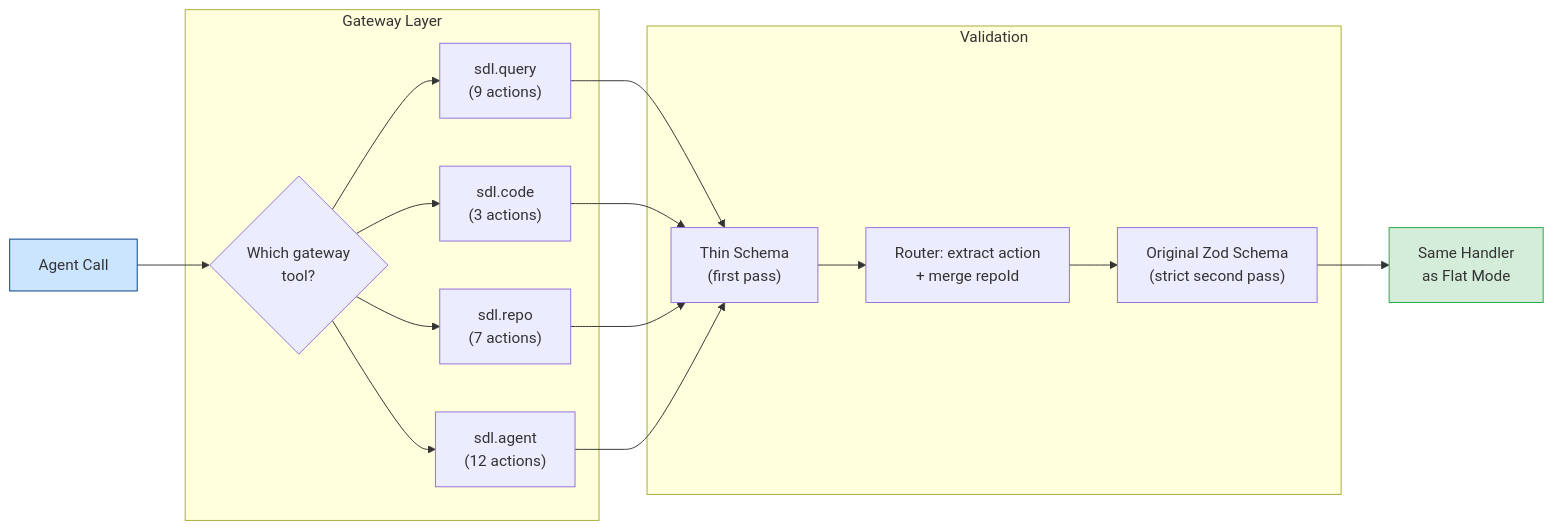
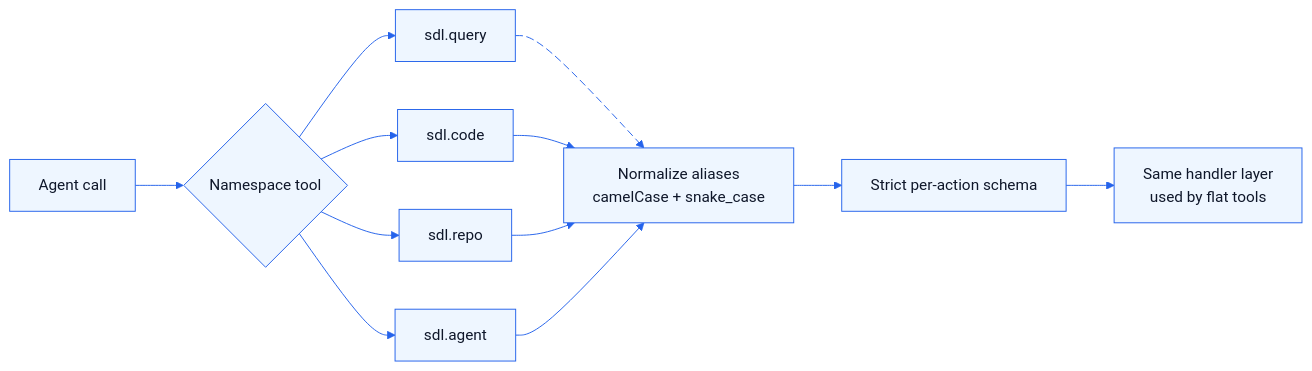
One commit to GlitterKill/sdl-mcp changed the second of 2 diagrams in docs/feature-deep-dives/tool-gateway.md. Above: the diagram before and after it, drawn with Mermaid. The commit also changed other lines of this file and 36 other files, not shown here.

````diff
--- a/docs/feature-deep-dives/tool-gateway.md
+++ b/docs/feature-deep-dives/tool-gateway.md
@@ -59,30 +45,19 @@
 ```mermaid
+%%{init: {"theme":"base","themeVariables":{"primaryColor":"#eef6ff","primaryBorderColor":"#2563eb","primaryTextColor":"#0f172a","secondaryColor":"#e9fff4","secondaryBorderColor":"#12715b","tertiaryColor":"#fff4d6","tertiaryBorderColor":"#b45309","lineColor":"#2563eb","fontFamily":"Trebuchet MS, Arial"},"flowchart":{"curve":"basis"}}}%%
 flowchart LR
-    Agent["Agent Call"]
+    Agent["Agent call"] --> Gateway{"Namespace tool"}
+    Gateway --> Q["sdl.query"]
+    Gateway --> C["sdl.code"]
+    Gateway --> R["sdl.repo"]
+    Gateway --> A["sdl.agent"]
 
-    subgraph "Gateway Layer"
-        GW{"Which gateway<br/>tool?"}
-        Q["sdl.query<br/>(9 actions)"]
-        C["sdl.code<br/>(3 actions)"]
-        R["sdl.repo<br/>(7 actions)"]
-        A["sdl.agent<br/>(12 actions)"]
-    end
+    Q e1@--> Normalize["Normalize aliases<br/>camelCase + snake_case"]
+    C --> Normalize
+    R --> Normalize
+    A --> Normalize
+    Normalize --> Strict["Strict per-action schema"]
+    Strict --> Handler["Same handler layer<br/>used by flat tools"]
 
-    subgraph "Validation"
-        Thin["Thin Schema<br/>(first pass)"]
-        Router["Router: extract action<br/>+ merge repoId"]
-        Strict["Original Zod Schema<br/>(strict second pass)"]
-    end
-
-    Handler["Same Handler<br/>as Flat Mode"]
-
-    Agent --> GW
-    GW --> Q & C & R & A
-    Q & C & R & A --> Thin
-    Thin --> Router
-    Router --> Strict
-    Strict --> Handler
-
-    style Agent fill:#cce5ff,stroke:#004085
-    style Handler fill:#d4edda,stroke:#28a745
+    classDef animate stroke-dasharray: 8\,4,stroke-dashoffset: 240,animation: dash 18s linear infinite;
+    class e1 animate;
 ```
````
